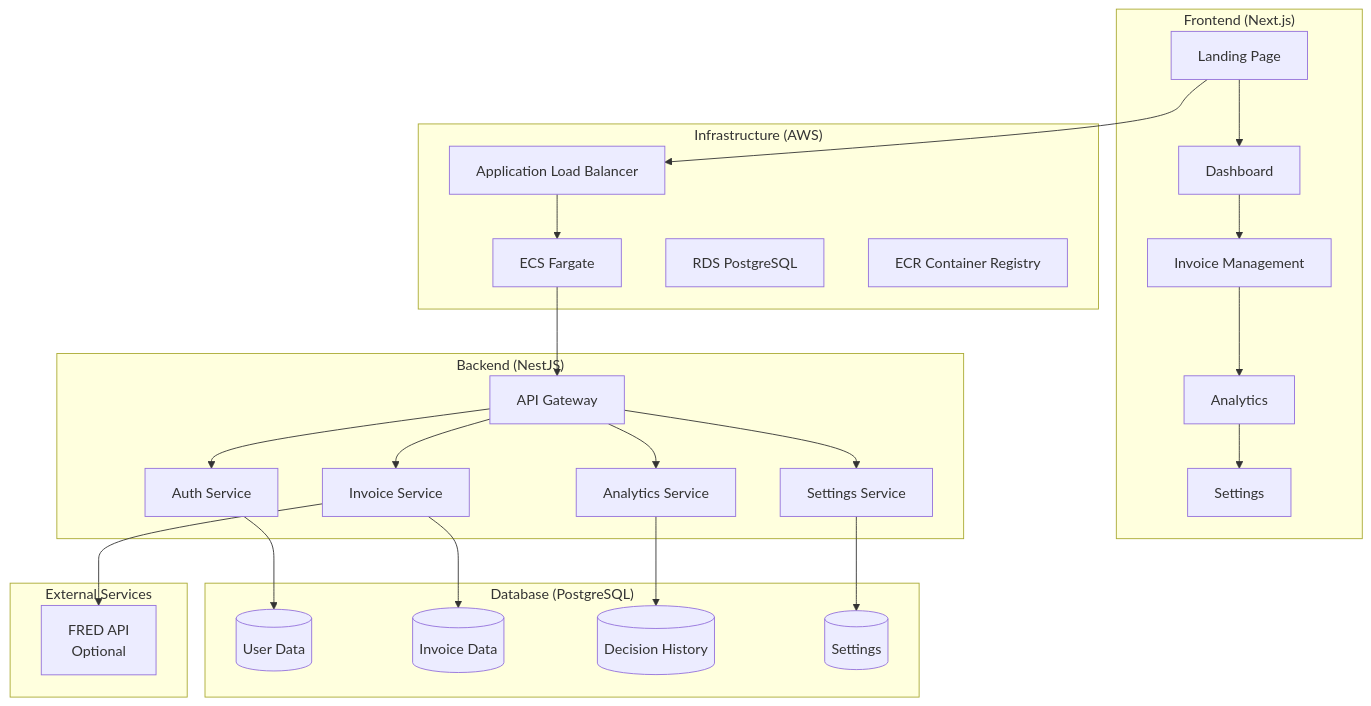
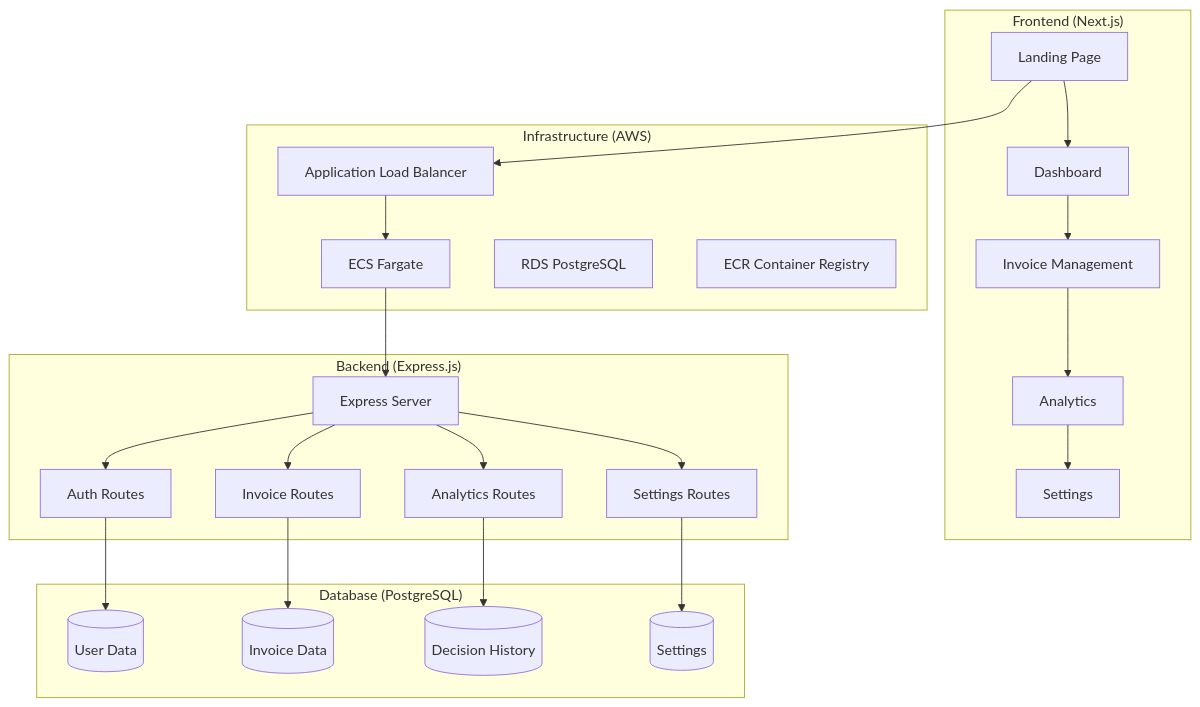
The first of 3 diagrams in README.md (omkar-79/invoice_discount_optimzer), drawn with Mermaid before and after one commit. The commit also changed other lines of this file and 3 other files, not shown here.

````diff
--- a/README.md
+++ b/README.md
@@ -42,43 +55,39 @@
 ```mermaid
 graph TB
     subgraph "Frontend (Next.js)"
         A[Landing Page] --> B[Dashboard]
         B --> C[Invoice Management]
         C --> D[Analytics]
         D --> E[Settings]
     end
     
-    subgraph "Backend (NestJS)"
-        F[API Gateway] --> G[Auth Service]
-        F --> H[Invoice Service]
-        F --> I[Analytics Service]
-        F --> J[Settings Service]
+    subgraph "Backend (Express.js)"
+        F[Express Server] --> G[Auth Routes]
+        F --> H[Invoice Routes]
+        F --> I[Analytics Routes]
+        F --> J[Settings Routes]
     end
     
     subgraph "Database (PostgreSQL)"
         K[(User Data)]
         L[(Invoice Data)]
         M[(Decision History)]
         N[(Settings)]
     end
     
-    subgraph "External Services"
-        O[FRED API<br/>Optional]
-    end
     
     subgraph "Infrastructure (AWS)"
         P[ECS Fargate]
         Q[Application Load Balancer]
         R[RDS PostgreSQL]
         S[ECR Container Registry]
     end
     
     A --> Q
     Q --> P
     P --> F
     G --> K
     H --> L
     I --> M
     J --> N
-    H --> O
 ```
````
